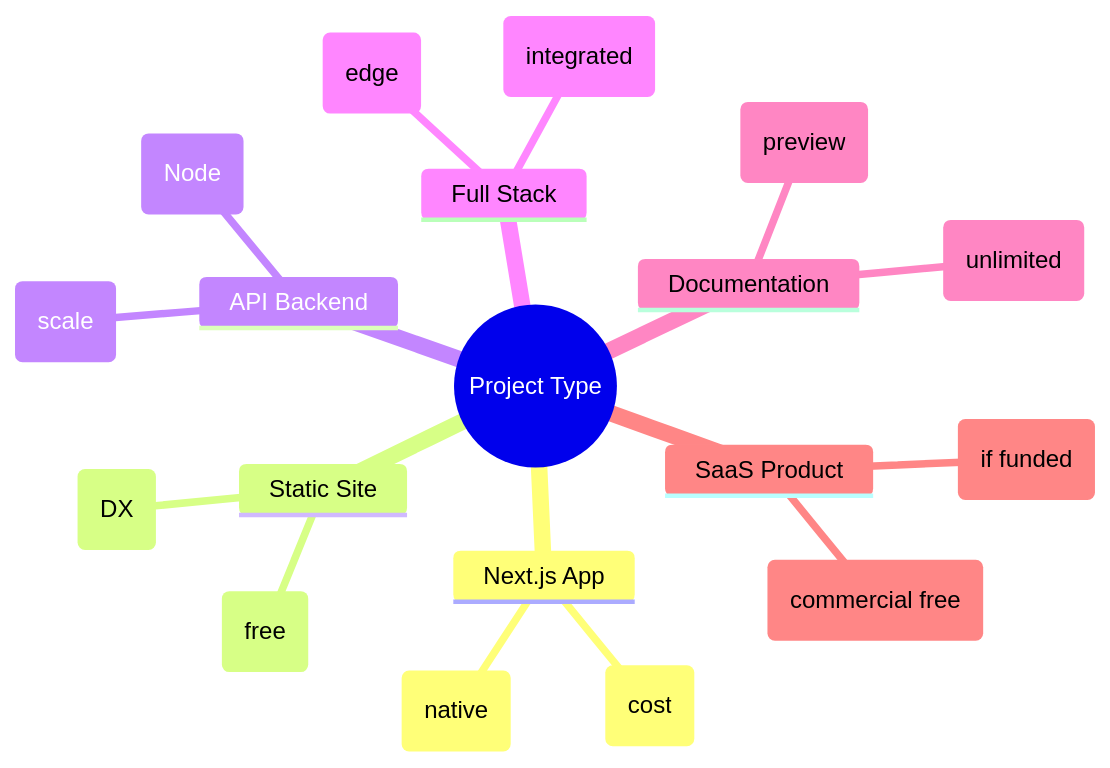
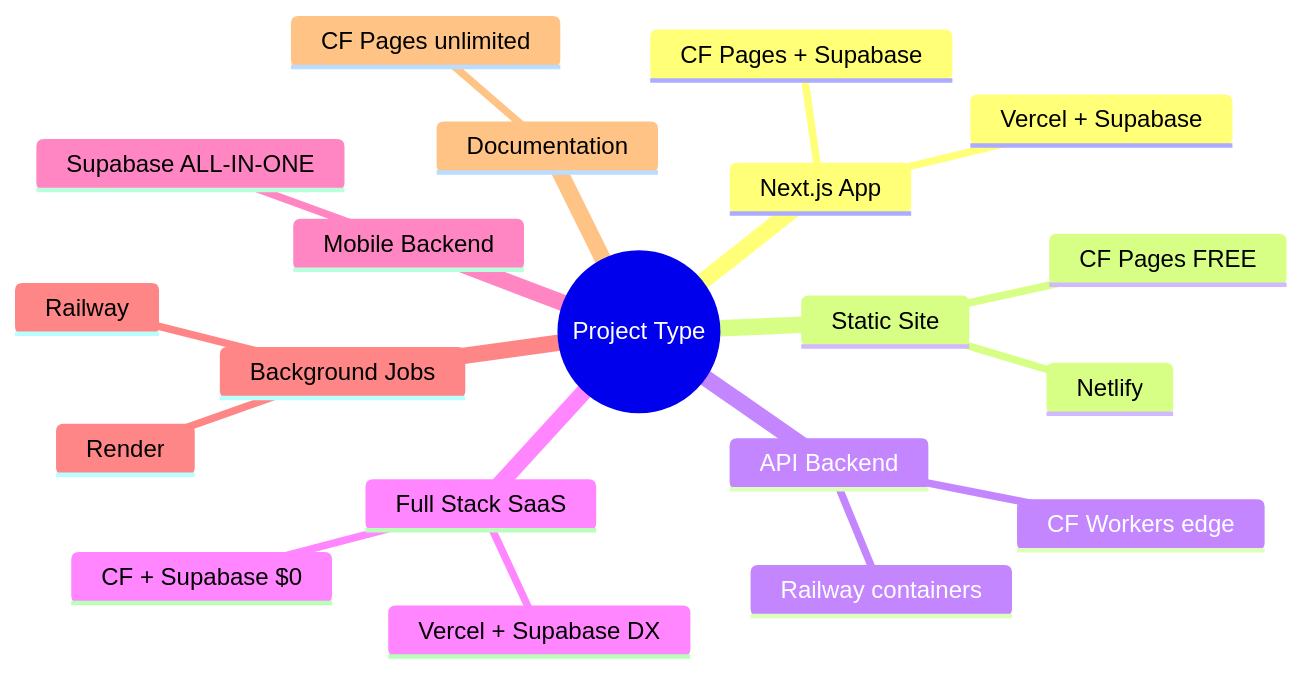
One commit to anton-abyzov/specweave changed the sixth of 6 diagrams in docs-site/docs/guides/deployment-platforms.md. Above: the diagram before and after it, drawn with Mermaid. The commit also changed other lines of this file and 7 other files, not shown here.

````diff
--- a/docs-site/docs/guides/deployment-platforms.md
+++ b/docs-site/docs/guides/deployment-platforms.md
@@ -449,22 +736,23 @@
 ```mermaid
 mindmap
   root((Project Type))
     Next.js App
-      Vercel (native)
-      CF Pages (cost)
+      Vercel + Supabase
+      CF Pages + Supabase
     Static Site
-      CF Pages (free)
-      Vercel (DX)
+      CF Pages FREE
+      Netlify
     API Backend
-      CF Workers (scale)
-      Vercel Functions (Node)
-    Full Stack
-      Vercel (integrated)
-      CF Workers + D1 (edge)
+      CF Workers edge
+      Railway containers
+    Full Stack SaaS
+      CF + Supabase $0
+      Vercel + Supabase DX
+    Mobile Backend
+      Supabase ALL-IN-ONE
+    Background Jobs
+      Railway
+      Render
     Documentation
-      CF Pages (unlimited)
-      Vercel (preview)
-    SaaS Product
-      CF (commercial free)
-      Vercel (if funded)
+      CF Pages unlimited
 ```
````
